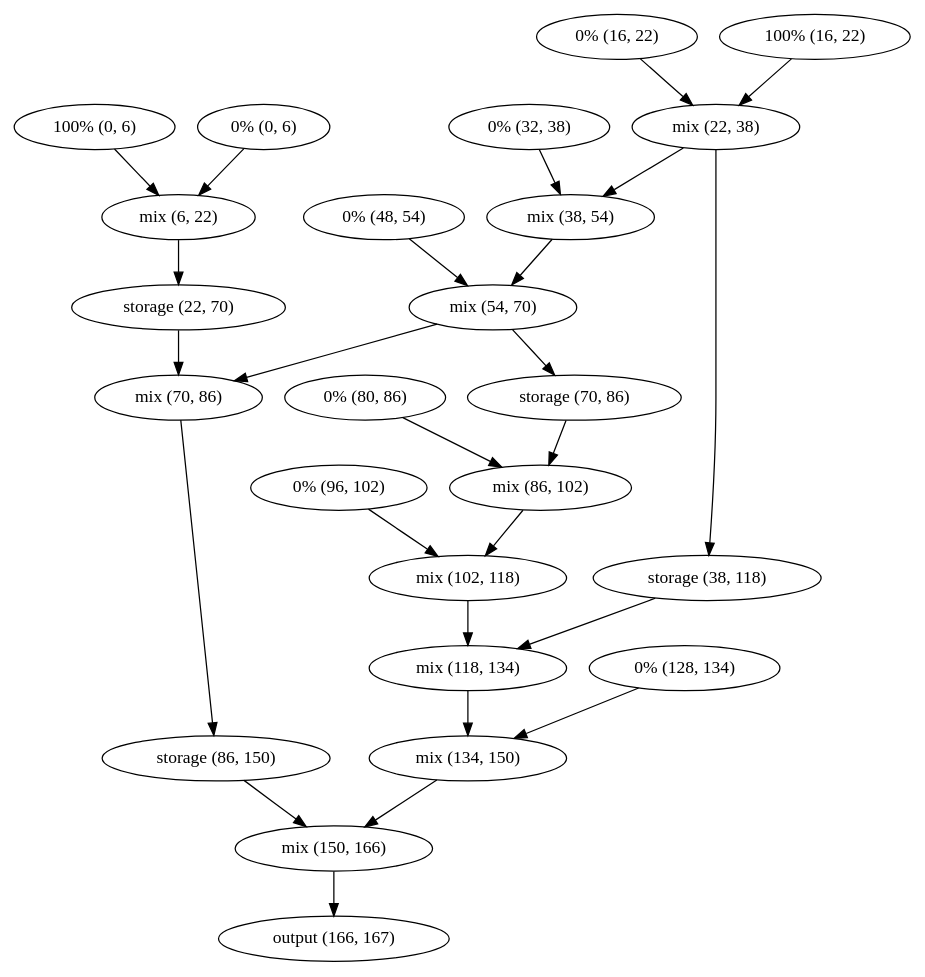
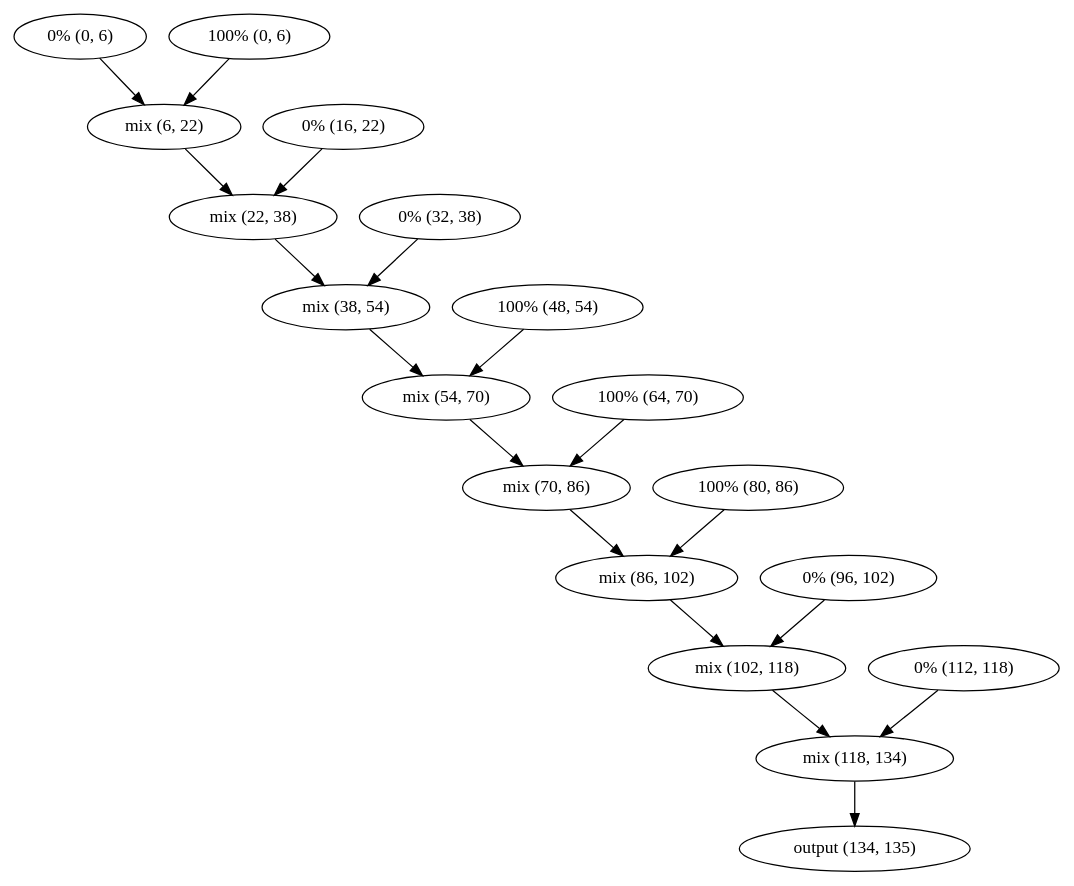
Before and after one commit to v-h-gn/OpenDropTranslator: the diagram in baseline_57_256_scheduled.dot, drawn with Graphviz. The commit also changed 2 other files, not shown here.

Commit message:
Update graph definitions and clean up router logic for improved route compacting

```diff
--- a/baseline_57_256_scheduled.dot
+++ b/baseline_57_256_scheduled.dot
@@ -1,51 +1,37 @@
 digraph G {
-    1698214205152 [label="100% (0, 6)"];
-    1698214205152 -> 1698214201200;
-    1698214139312 [label="0% (0, 6)"];
-    1698214139312 -> 1698214201200;
-    1698214201200 [label="mix (6, 22)"];
-    1698214201200 -> 1698203572208;
-    1698203570528 [label="0% (16, 22)"];
-    1698203570528 -> 1698203571200;
-    1698213958416 [label="100% (16, 22)"];
-    1698213958416 -> 1698203571200;
-    1698203571200 [label="mix (22, 38)"];
-    1698203571200 -> 1698213959696;
-    1698203571200 -> 1698213961296;
-    1698203572208 [label="storage (22, 70)"];
-    1698203572208 -> 1698214149392;
-    1698213959376 [label="0% (32, 38)"];
-    1698213959376 -> 1698213959696;
-    1698213959696 [label="mix (38, 54)"];
-    1698213959696 -> 1698213960016;
-    1698213961296 [label="storage (38, 118)"];
-    1698213961296 -> 1698213947840;
-    1698214203936 [label="0% (48, 54)"];
-    1698214203936 -> 1698213960016;
-    1698213960016 [label="mix (54, 70)"];
-    1698213960016 -> 1698214149392;
-    1698213960016 -> 1698213960976;
-    1698214149392 [label="mix (70, 86)"];
-    1698214149392 -> 1698214208800;
-    1698213960976 [label="storage (70, 86)"];
-    1698213960976 -> 1698214202720;
-    1698213948656 [label="0% (80, 86)"];
-    1698213948656 -> 1698214202720;
-    1698214202720 [label="mix (86, 102)"];
-    1698214202720 -> 1698213944848;
-    1698214208800 [label="storage (86, 150)"];
-    1698214208800 -> 1698214415952;
-    1698213948384 [label="0% (96, 102)"];
-    1698213948384 -> 1698213944848;
-    1698213944848 [label="mix (102, 118)"];
-    1698213944848 -> 1698213947840;
-    1698213947840 [label="mix (118, 134)"];
-    1698213947840 -> 1698214415696;
-    1698214415440 [label="0% (128, 134)"];
-    1698214415440 -> 1698214415696;
-    1698214415696 [label="mix (134, 150)"];
-    1698214415696 -> 1698214415952;
-    1698214415952 [label="mix (150, 166)"];
-    1698214415952 -> 1698203571872;
-    1698203571872 [label="output (166, 167)"];
+    140116964177776 [label="0% (0, 6)"];
+    140116964177776 -> 140116959474896;
+    140116953429200 [label="100% (0, 6)"];
+    140116953429200 -> 140116959474896;
+    140116959474896 [label="mix (6, 22)"];
+    140116959474896 -> 140116953427920;
+    140116953428560 [label="0% (16, 22)"];
+    140116953428560 -> 140116953427920;
+    140116953427920 [label="mix (22, 38)"];
+    140116953427920 -> 140116953427600;
+    140116962921520 [label="0% (32, 38)"];
+    140116962921520 -> 140116953427600;
+    140116953427600 [label="mix (38, 54)"];
+    140116953427600 -> 140116962922128;
+    140116962922432 [label="100% (48, 54)"];
+    140116962922432 -> 140116962922128;
+    140116962922128 [label="mix (54, 70)"];
+    140116962922128 -> 140116962926992;
+    140116982430416 [label="100% (64, 70)"];
+    140116982430416 -> 140116962926992;
+    140116962926992 [label="mix (70, 86)"];
+    140116962926992 -> 140116959367472;
+    140116963136912 [label="100% (80, 86)"];
+    140116963136912 -> 140116959367472;
+    140116959367472 [label="mix (86, 102)"];
+    140116959367472 -> 140116962372304;
+    140116963136640 [label="0% (96, 102)"];
+    140116963136640 -> 140116962372304;
+    140116962372304 [label="mix (102, 118)"];
+    140116962372304 -> 140116962374208;
+    140116962155344 [label="0% (112, 118)"];
+    140116962155344 -> 140116962374208;
+    140116962374208 [label="mix (118, 134)"];
+    140116962374208 -> 140116959475904;
+    140116959475904 [label="output (134, 135)"];
 }
```
